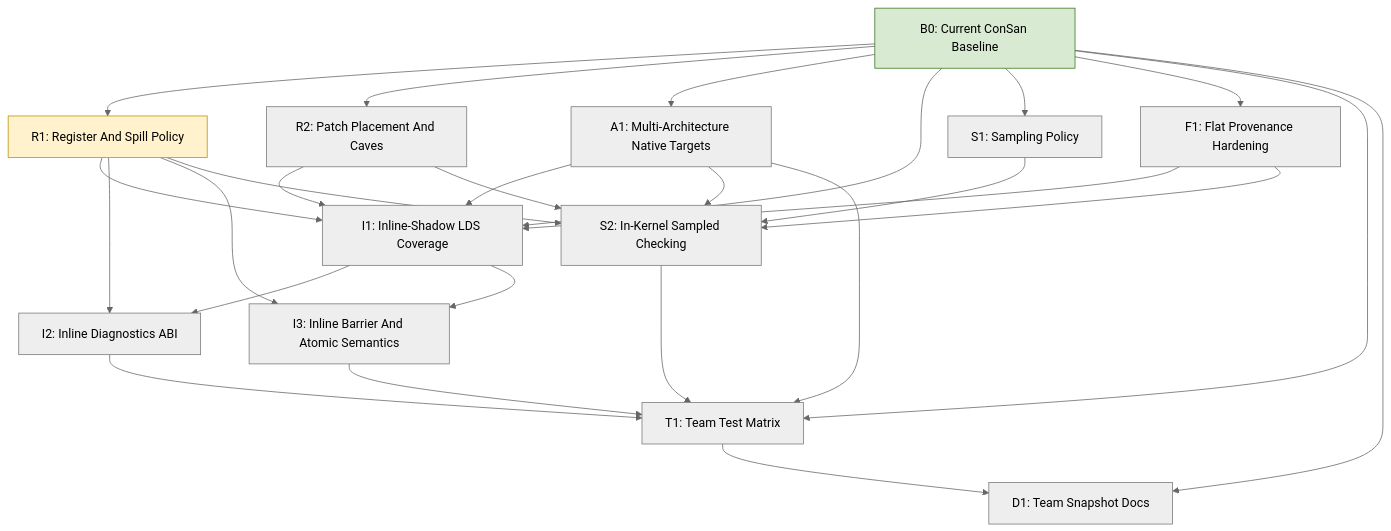
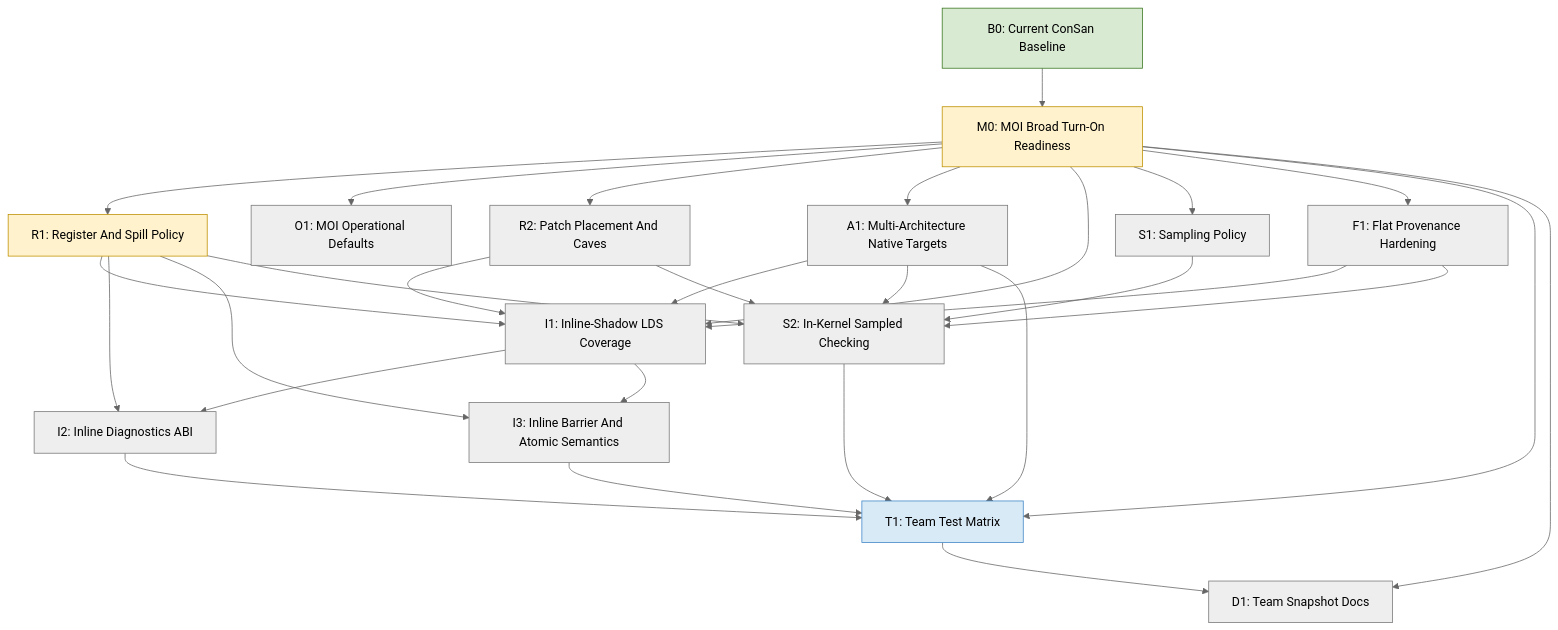
One commit to ROCm/rocm-systems changed the diagram in emulation/rocjitsu/docs/consan/PLAN.md. Above: the diagram before and after it, drawn with Mermaid (neutral theme). The commit also changed other lines of this file and 2 other files, not shown here.

Commit message:
Document MOI broad enablement gaps

````diff
--- a/emulation/rocjitsu/docs/consan/PLAN.md
+++ b/emulation/rocjitsu/docs/consan/PLAN.md
@@ -74,53 +74,58 @@
 ```mermaid
 flowchart TD
   B0["B0: Current ConSan Baseline"]:::done
 
+  M0["M0: MOI Broad Turn-On Readiness"]:::active
   R1["R1: Register And Spill Policy"]:::active
+  O1["O1: MOI Operational Defaults"]:::todo
   R2["R2: Patch Placement And Caves"]:::todo
   A1["A1: Multi-Architecture Native Targets"]:::todo
 
   I1["I1: Inline-Shadow LDS Coverage"]:::todo
   I2["I2: Inline Diagnostics ABI"]:::todo
   I3["I3: Inline Barrier And Atomic Semantics"]:::todo
 
   S1["S1: Sampling Policy"]:::todo
   S2["S2: In-Kernel Sampled Checking"]:::todo
 
   F1["F1: Flat Provenance Hardening"]:::todo
-  T1["T1: Team Test Matrix"]:::todo
+  T1["T1: Team Test Matrix"]:::partial
   D1["D1: Team Snapshot Docs"]:::todo
 
-  B0 --> R1
-  B0 --> R2
-  B0 --> A1
-  B0 --> I1
-  B0 --> S1
-  B0 --> F1
-  B0 --> T1
-  B0 --> D1
+  B0 --> M0
+
+  M0 --> R1
+  M0 --> O1
+  M0 --> R2
+  M0 --> A1
+  M0 --> I1
+  M0 --> S1
+  M0 --> F1
+  M0 --> T1
+  M0 --> D1
 
   R1 --> I1
   R1 --> I2
   R1 --> I3
   R1 --> S2
   R2 --> I1
   R2 --> S2
   A1 --> I1
   A1 --> S2
   A1 --> T1
   F1 --> I1
   F1 --> S2
   I1 --> I2
   I1 --> I3
   S1 --> S2
   I2 --> T1
   I3 --> T1
   S2 --> T1
   T1 --> D1
 
   classDef done fill:#d9ead3,stroke:#38761d,color:#000;
   classDef active fill:#fff2cc,stroke:#bf9000,color:#000;
   classDef partial fill:#d9eaf7,stroke:#3d85c6,color:#000;
   classDef todo fill:#eeeeee,stroke:#777777,color:#000;
   classDef blocked fill:#f4cccc,stroke:#cc0000,color:#000;
 ```
````
